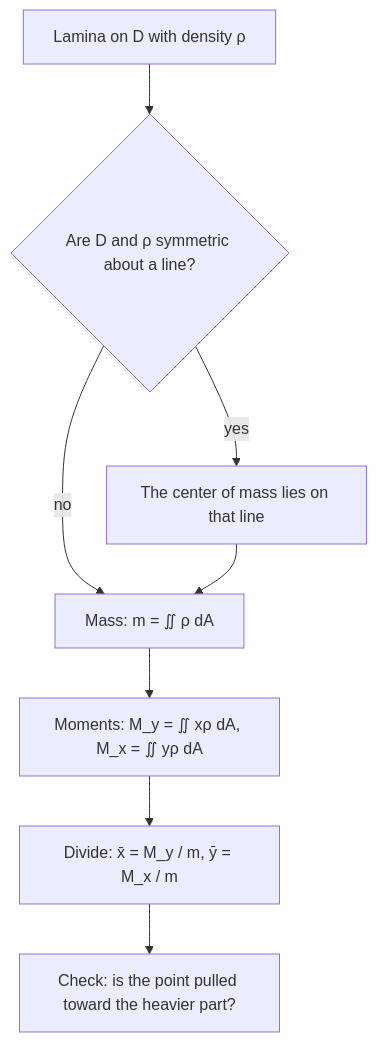
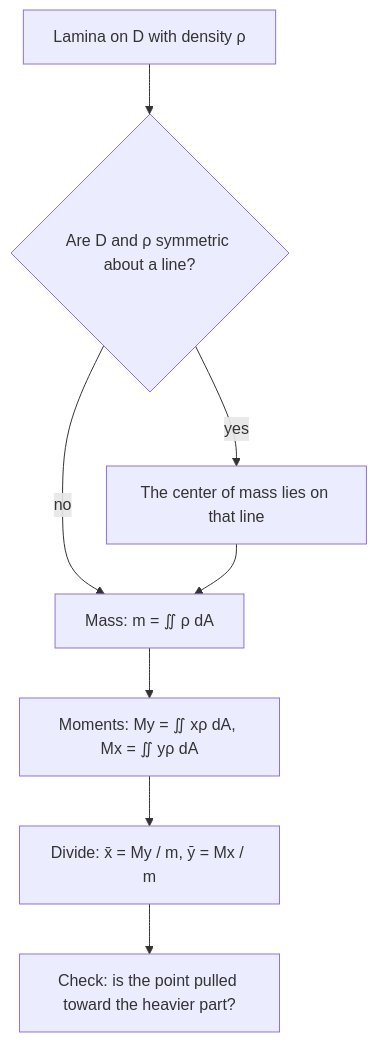
The diagram in content/math/multivariable/lessons/24-double-apps.md (Aziliz/erudior), drawn with Mermaid before and after one commit. The commit also changed 2 other files, not shown here.

Commit message:
Round 2: writer progress (work in progress)
Claude-Session: https://claude.ai/code/session_01Vha5gaRe2GdnFaiy9xNAq5

````diff
--- a/content/math/multivariable/lessons/24-double-apps.md
+++ b/content/math/multivariable/lessons/24-double-apps.md
@@ -50,12 +50,12 @@
 ```mermaid
 flowchart TD
   accTitle: Finding the center of mass of a lamina
-  accDescr: Start with a lamina occupying a region D with density rho. First look for symmetry: if both the region and the density are symmetric about a line, the center of mass lies on that line, which settles one coordinate. Then compute the mass m as the double integral of rho, compute the moments M_y as the double integral of x rho and M_x as the double integral of y rho (skipping any settled by symmetry), and divide: x bar equals M_y over m and y bar equals M_x over m. Finally check that the point is pulled toward the heavier part of the plate.
+  accDescr: Start with a lamina occupying a region D with density rho. First look for symmetry: if both the region and the density are symmetric about a line, the center of mass lies on that line, which settles one coordinate. Then compute the mass m as the double integral of rho, compute the moments My as the double integral of x rho and Mx as the double integral of y rho (skipping any settled by symmetry), and divide: x bar equals My over m and y bar equals Mx over m. Finally check that the point is pulled toward the heavier part of the plate.
   A["Lamina on D with density ρ"] --> B{"Are D and ρ symmetric about a line?"}
   B -- yes --> C["The center of mass lies on that line"]
   B -- no --> D["Mass: m = ∬ ρ dA"]
   C --> D
-  D --> E["Moments: M_y = ∬ xρ dA, M_x = ∬ yρ dA"]
-  E --> F["Divide: x̄ = M_y / m, ȳ = M_x / m"]
+  D --> E["Moments: My = ∬ xρ dA, Mx = ∬ yρ dA"]
+  E --> F["Divide: x̄ = My / m, ȳ = Mx / m"]
   F --> G["Check: is the point pulled toward the heavier part?"]
 ```
````
